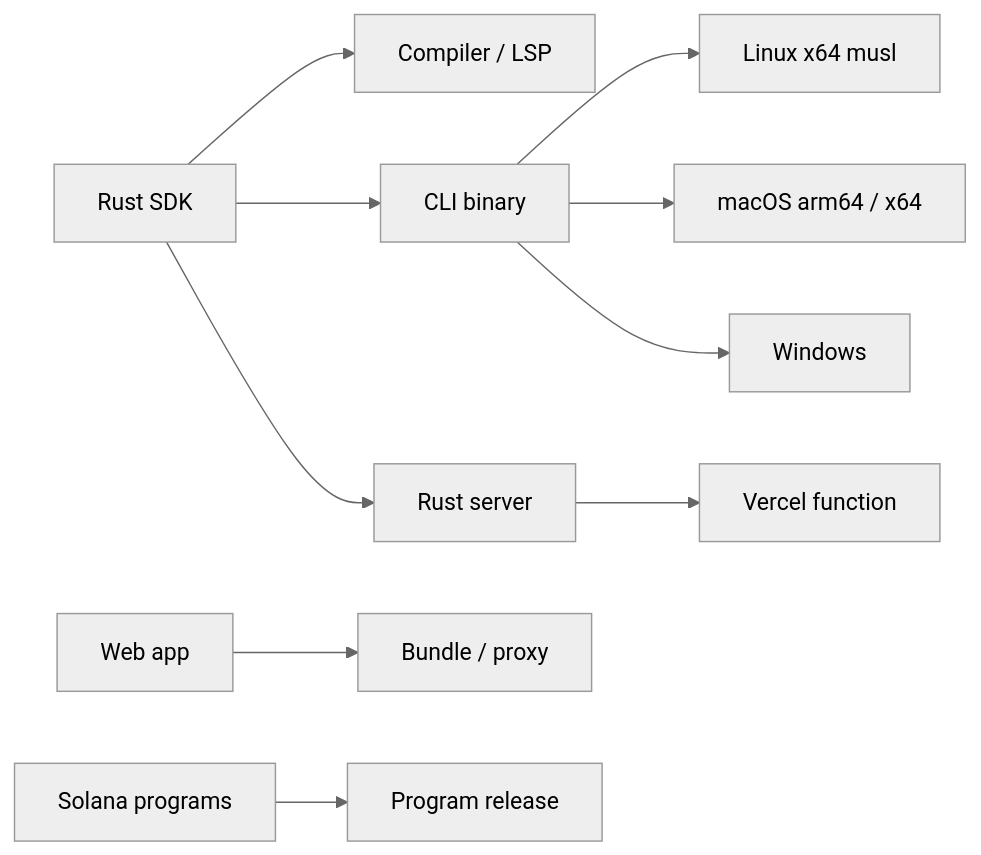
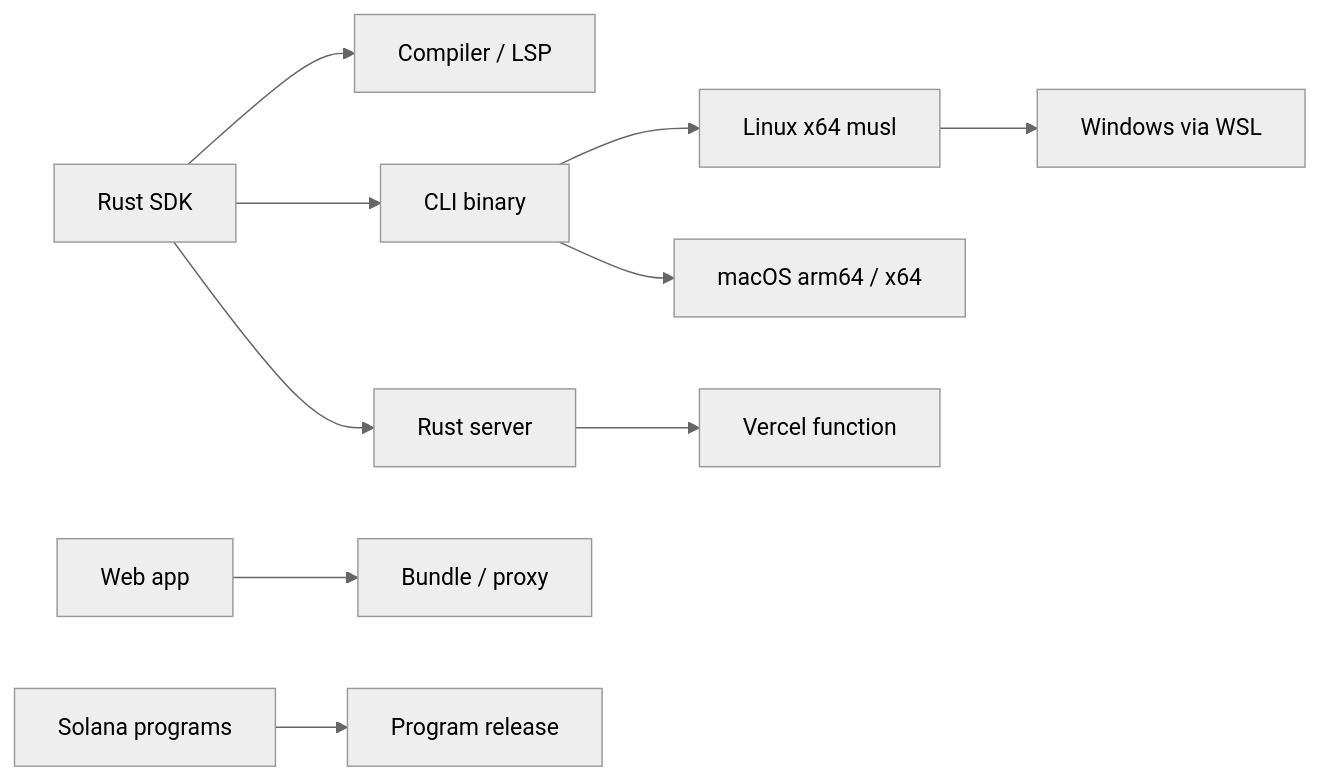
One commit to AllowIt-hq/Colosseum changed the fourth of 4 diagrams in docs/architecture.md. Above: the diagram before and after it, drawn with Mermaid (neutral theme). The commit also changed other lines of this file and 2 other files, not shown here.

First line of the commit message:
Align architecture docs with portable policy design

````diff
--- a/docs/architecture.md
+++ b/docs/architecture.md
@@ -138,12 +175,12 @@
 ```mermaid
 flowchart LR
     SDK[Rust SDK] --> Tools[Compiler / LSP]
     SDK --> CLI[CLI binary]
     SDK --> Server[Rust server]
     CLI --> Linux[Linux x64 musl]
     CLI --> Mac[macOS arm64 / x64]
-    CLI --> Win[Windows]
+    Linux --> WSL[Windows via WSL]
     Server --> Fn[Vercel function]
     App[Web app] --> Bundle[Bundle / proxy]
     Contracts[Solana programs] --> SBF[Program release]
 ```
````
